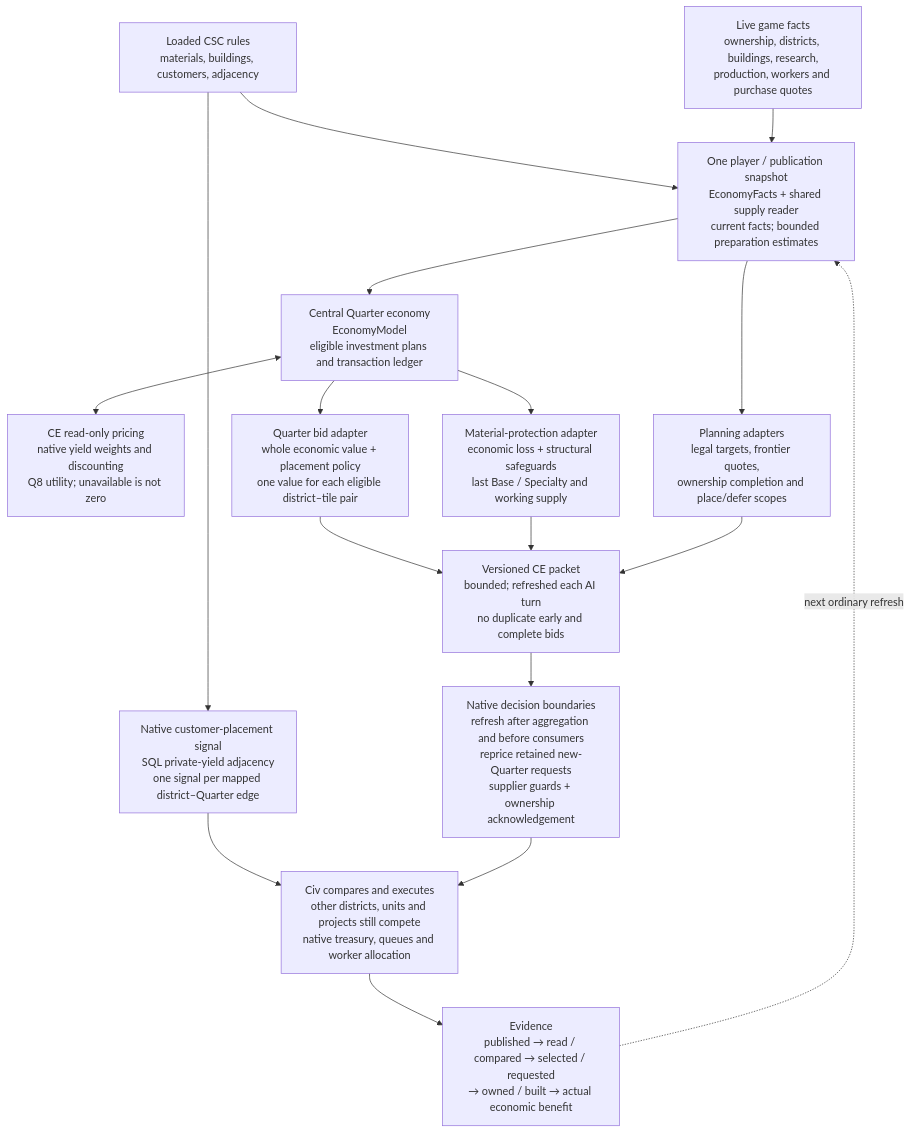
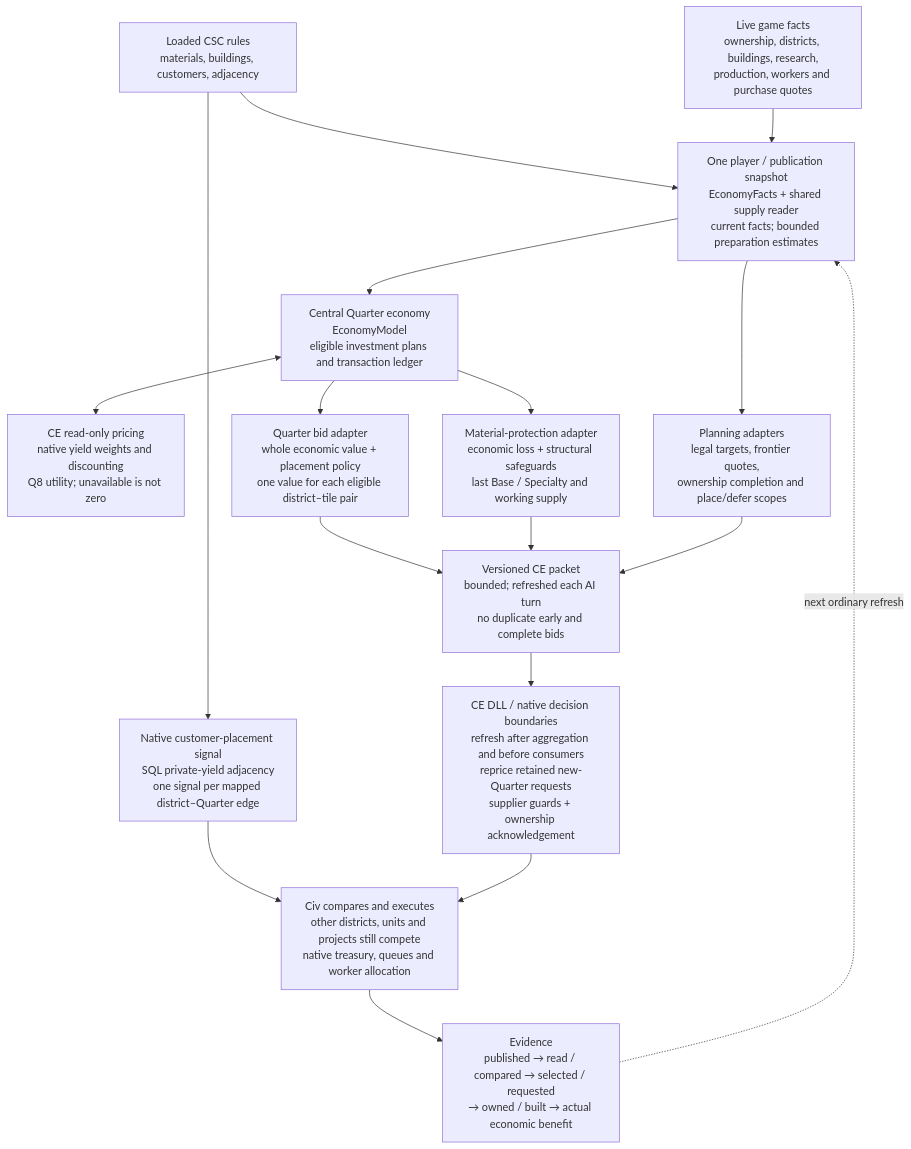
The diagram in project/docs/civ6-ai/architecture.md (hennogous/Henno-Mods), drawn with Mermaid before and after one commit. The commit also changed other lines of this file and 7 other files, not shown here.

````diff
--- a/project/docs/civ6-ai/architecture.md
+++ b/project/docs/civ6-ai/architecture.md
@@ -25,32 +24,32 @@
 ```mermaid
 flowchart TD
     DB["Loaded CSC rules<br/>materials, buildings, customers, adjacency"]
     LIVE["Live game facts<br/>ownership, districts, buildings, research,<br/>production, workers and purchase quotes"]
     FACTS["One player / publication snapshot<br/>EconomyFacts + shared supply reader<br/>current facts; bounded preparation estimates"]
     MODEL["Central Quarter economy<br/>EconomyModel<br/>eligible investment plans and transaction ledger"]
     PRICE["CE read-only pricing<br/>native yield weights and discounting<br/>Q8 utility; unavailable is not zero"]
     SITE["Quarter bid adapter<br/>whole economic value + placement policy<br/>one value for each eligible district–tile pair"]
     PROTECT["Material-protection adapter<br/>economic loss + structural safeguards<br/>last Base / Specialty and working supply"]
     PLAN["Planning adapters<br/>legal targets, frontier quotes,<br/>ownership completion and place/defer scopes"]
     SQL["Native customer-placement signal<br/>SQL private-yield adjacency<br/>one signal per mapped district–Quarter edge"]
     PACKET["Versioned CE packet<br/>bounded; refreshed each AI turn<br/>no duplicate early and complete bids"]
-    CE["Native decision boundaries<br/>refresh after aggregation and before consumers<br/>reprice retained new-Quarter requests<br/>supplier guards + ownership acknowledgement"]
+    CE["CE DLL / native decision boundaries<br/>refresh after aggregation and before consumers<br/>reprice retained new-Quarter requests<br/>supplier guards + ownership acknowledgement"]
     CIV["Civ compares and executes<br/>other districts, units and projects still compete<br/>native treasury, queues and worker allocation"]
     OBS["Evidence<br/>published → read / compared → selected / requested<br/>→ owned / built → actual economic benefit"]
     DB --> FACTS
     LIVE --> FACTS
     FACTS --> MODEL
     MODEL <--> PRICE
     MODEL --> SITE
     MODEL --> PROTECT
     FACTS --> PLAN
     DB --> SQL
     SITE --> PACKET
     PROTECT --> PACKET
     PLAN --> PACKET
     PACKET --> CE
     SQL --> CIV
     CE --> CIV
     CIV --> OBS
     OBS -. "next ordinary refresh" .-> FACTS
 ```
````
